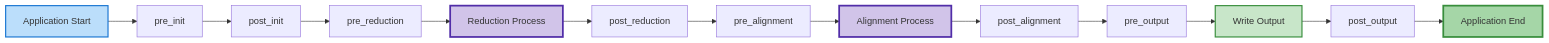
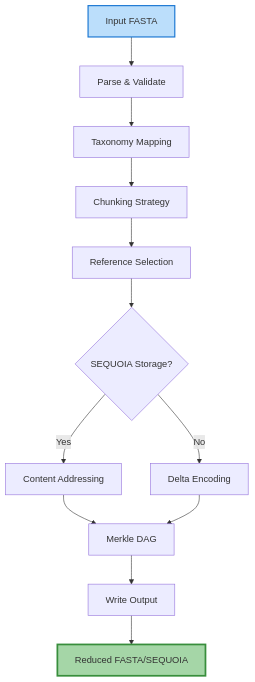
The third of 3 diagrams in docs/src/development/architecture.md (bfowle/talaria), drawn with Mermaid before and after one commit. The commit also changed other lines of this file and 472 other files, not shown here.

Commit message:
refactor!: major architectural overhaul of core systems

````diff
--- a/docs/src/development/architecture.md
+++ b/docs/src/development/architecture.md
@@ -438,21 +296,17 @@
 ```mermaid
-flowchart LR
-    A[Application Start] --> B[pre_init]
-    B --> C[post_init]
-    C --> D[pre_reduction]
-    D --> E[Reduction Process]
-    E --> F[post_reduction]
-    F --> G[pre_alignment]
-    G --> H[Alignment Process]
-    H --> I[post_alignment]
-    I --> J[pre_output]
-    J --> K[Write Output]
-    K --> L[post_output]
-    L --> M[Application End]
-    
+flowchart TD
+    A[Input FASTA] --> B[Parse & Validate]
+    B --> C[Taxonomy Mapping]
+    C --> D[Chunking Strategy]
+    D --> E[Reference Selection]
+    E --> F{SEQUOIA Storage?}
+    F -->|Yes| G[Content Addressing]
+    F -->|No| H[Delta Encoding]
+    G --> I[Merkle DAG]
+    H --> I
+    I --> J[Write Output]
+    J --> K[Reduced FASTA/SEQUOIA]
+
     style A stroke:#1976d2,stroke-width:2px,fill:#bbdefb
-    style E stroke:#512da8,stroke-width:3px,fill:#d1c4e9
-    style H stroke:#512da8,stroke-width:3px,fill:#d1c4e9
-    style K stroke:#388e3c,stroke-width:2px,fill:#c8e6c9
-    style M stroke:#388e3c,stroke-width:3px,fill:#a5d6a7
+    style K stroke:#388e3c,stroke-width:3px,fill:#a5d6a7
 ```
````
